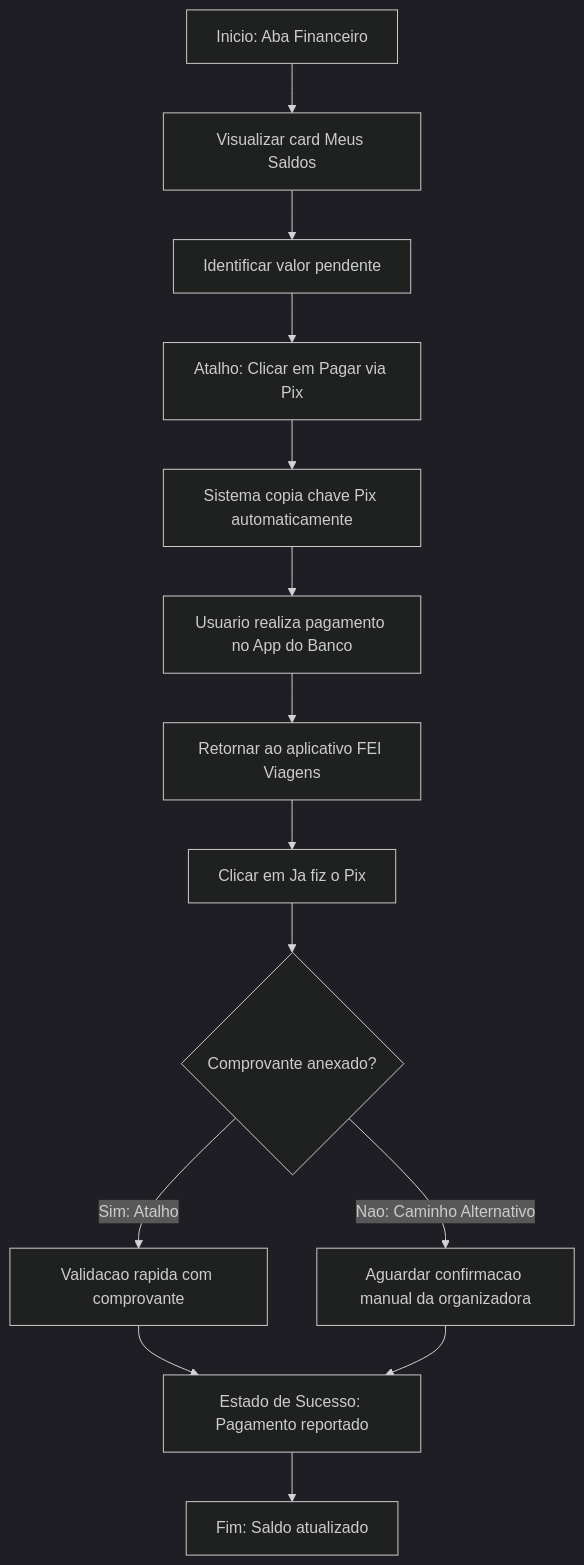
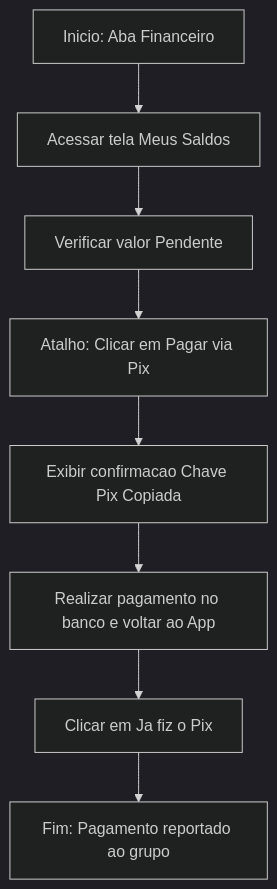
Before and after one commit to luigibernardodeoliveira-dot/EXPERIENCIA_DO_USUARIO_E_FRONT-END: the sixth of 6 diagrams in docs/8_arquitetura_fluxo.md, drawn with Mermaid (dark theme). The commit also changed other lines of this file, not shown here.

````diff
--- a/docs/8_arquitetura_fluxo.md
+++ b/docs/8_arquitetura_fluxo.md
@@ -105,16 +129,10 @@
 ```mermaid
 graph TD
-    A[Inicio: Aba Financeiro] --> B[Visualizar card Meus Saldos]
-    B --> C[Identificar valor pendente]
+    A[Inicio: Aba Financeiro] --> B[Acessar tela Meus Saldos]
+    B --> C[Verificar valor Pendente]
     C --> D[Atalho: Clicar em Pagar via Pix]
-    D --> E[Sistema copia chave Pix automaticamente]
-    E --> F[Usuario realiza pagamento no App do Banco]
-    F --> G[Retornar ao aplicativo FEI Viagens]
-    G --> H[Clicar em Ja fiz o Pix]
-    H --> I{Comprovante anexado?}
-    I -- Sim: Atalho --> J[Validacao rapida com comprovante]
-    I -- Nao: Caminho Alternativo --> K[Aguardar confirmacao manual da organizadora]
-    J --> L[Estado de Sucesso: Pagamento reportado]
-    K --> L
-    L --> M[Fim: Saldo atualizado]
+    D --> E[Exibir confirmacao Chave Pix Copiada]
+    E --> F[Realizar pagamento no banco e voltar ao App]
+    F --> G[Clicar em Ja fiz o Pix]
+    G --> H[Fim: Pagamento reportado ao grupo]
 ```
````
